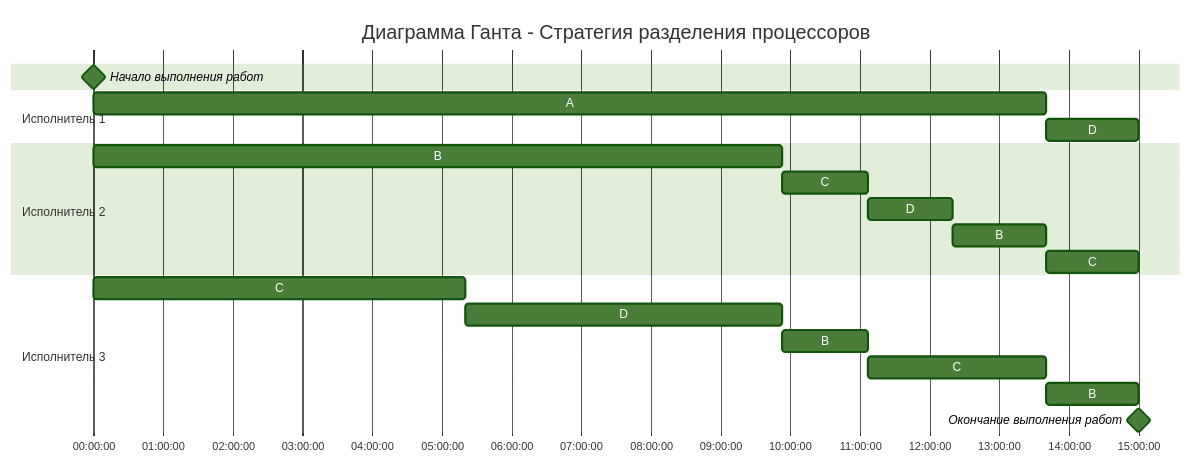
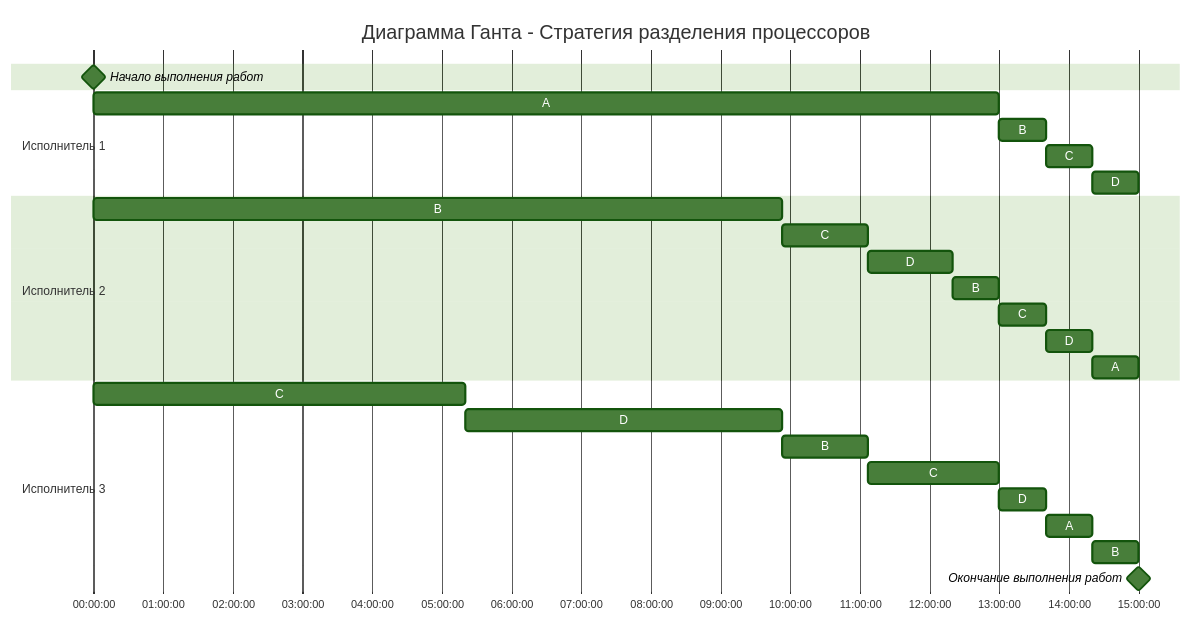
Before and after one commit to hse-algo-24-raven/manual-tasks-raven: the diagram in task-5/pustobek.md, drawn with Mermaid (forest theme). The commit also changed other lines of this file, not shown here.

````diff
--- a/task-5/pustobek.md
+++ b/task-5/pustobek.md
@@ -166,27 +140,33 @@
 ```mermaid
 gantt
     title Диаграмма Ганта - Стратегия разделения процессоров
     dateFormat DD HH:mm:ss
     axisFormat %H:%M:%S
     Начало выполнения работ : milestone, m1, 01 00:00:00, 0h
 
     section Исполнитель 1
-    A         :a1, 01 00:00:00, 820m
-    D         :80m
+    A         :a1, 01 00:00:00, 780m
+    B         :40m
+    C         :40m
+    D         :40m
 
     section Исполнитель 2
     B         :b1, 01 00:00:00, 35600s
     C         :4400s
     D         :4400s
-    B         :80m
-    C         :80m
+    B         :40m
+    C         :40m
+    D         :40m
+    A         :40m
 
     section Исполнитель 3
     C         :c1, 01 00:00:00, 320m
     D         : 16400s
     B         : 4400s
-    C         : 9200s
-    B         : 80m
+    C         : 6800s
+    D         : 40m
+    A         :40m
+    B         :40m
 
     Окончание выполнения работ : milestone, m2, 01 15:00:00, 0h
 ```
````
